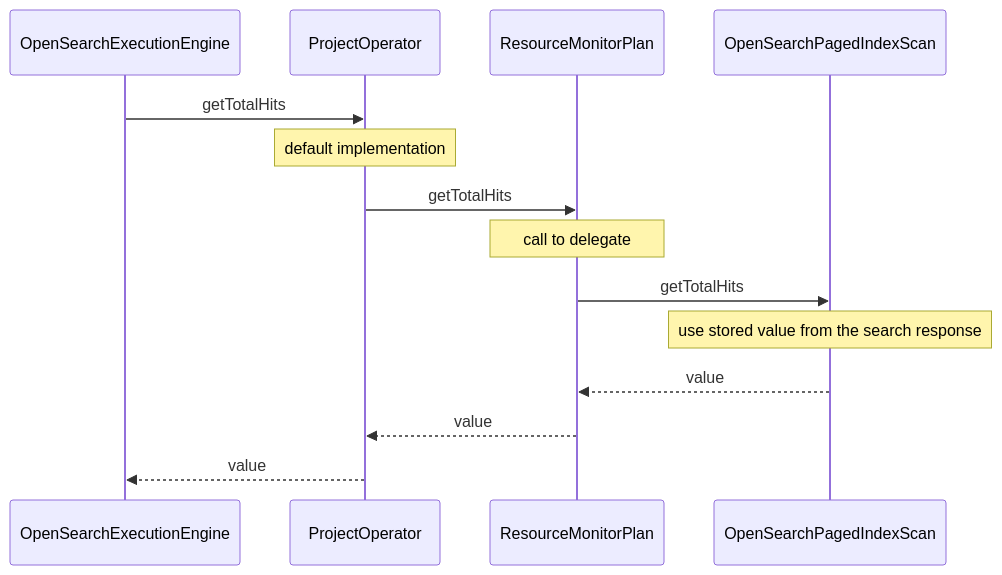
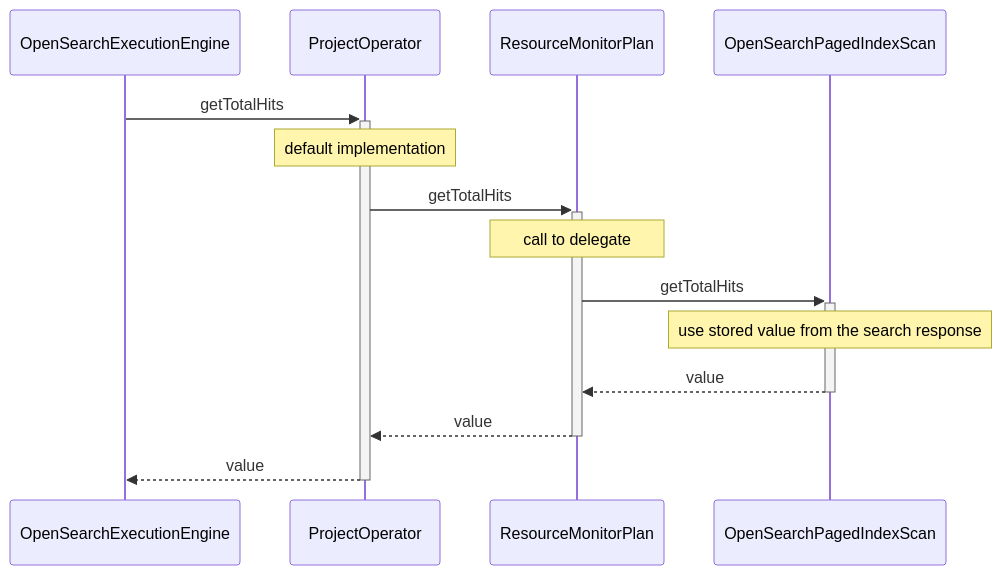
Before and after one commit to opensearch-project/sql: the sixth of 6 diagrams in docs/dev/Pagination-v2.md, drawn with Mermaid. The commit also changed other lines of this file, not shown here.

Commit message:
Update design graphs.

````diff
--- a/docs/dev/Pagination-v2.md
+++ b/docs/dev/Pagination-v2.md
@@ -265,17 +271,17 @@
 ```mermaid
 sequenceDiagram
     participant OpenSearchExecutionEngine
     participant ProjectOperator
     participant ResourceMonitorPlan
     participant OpenSearchPagedIndexScan
 
-OpenSearchExecutionEngine->>ProjectOperator:getTotalHits
+OpenSearchExecutionEngine->>+ProjectOperator: getTotalHits
   Note over ProjectOperator: default implementation
-  ProjectOperator->>ResourceMonitorPlan:getTotalHits
+  ProjectOperator->>+ResourceMonitorPlan: getTotalHits
     Note over ResourceMonitorPlan: call to delegate
-    ResourceMonitorPlan->>OpenSearchPagedIndexScan:getTotalHits
+    ResourceMonitorPlan->>+OpenSearchPagedIndexScan: getTotalHits
       Note over OpenSearchPagedIndexScan: use stored value from the search response
-      OpenSearchPagedIndexScan-->>ResourceMonitorPlan:value
-    ResourceMonitorPlan-->>ProjectOperator:value
-  ProjectOperator-->>OpenSearchExecutionEngine:value
+      OpenSearchPagedIndexScan-->>-ResourceMonitorPlan: value
+    ResourceMonitorPlan-->>-ProjectOperator: value
+  ProjectOperator-->>-OpenSearchExecutionEngine: value
 ```
````
